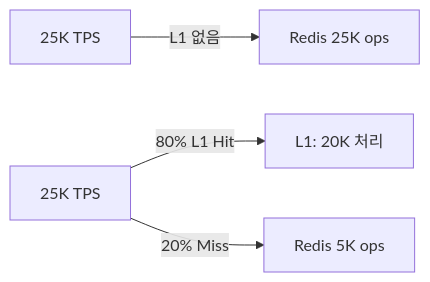
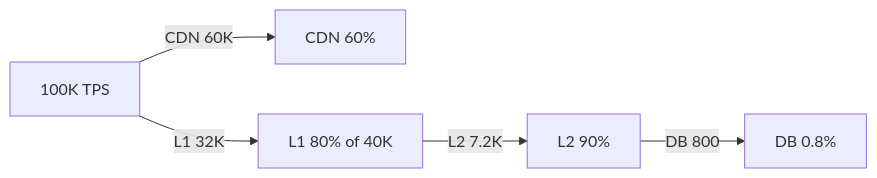
Before and after one commit to yjkim2015/yjkim2015.github.io: the seventh of 8 diagrams in _posts/caching/2026-05-03-multi-layer-caching.md, drawn with Mermaid. The commit also changed other lines of this file and 4 other files, not shown here.

````diff
--- a/_posts/caching/2026-05-03-multi-layer-caching.md
+++ b/_posts/caching/2026-05-03-multi-layer-caching.md
@@ -528,6 +1523,7 @@
 ```mermaid
 graph LR
-    A1["25K TPS"] -->|"L1 없음"| R1["Redis 25K ops"]
-    A2["25K TPS"] -->|"80% L1 Hit"| L1["L1: 20K 처리"]
-    A2 -->|"20% Miss"| R2["Redis 5K ops"]
+    T["100K TPS"] -->|"CDN 60K"| CDN["CDN 60%"]
+    T -->|"L1 32K"| L1["L1 80% of 40K"]
+    L1 -->|"L2 7.2K"| L2["L2 90%"]
+    L2 -->|"DB 800"| DB["DB 0.8%"]
 ```
````
